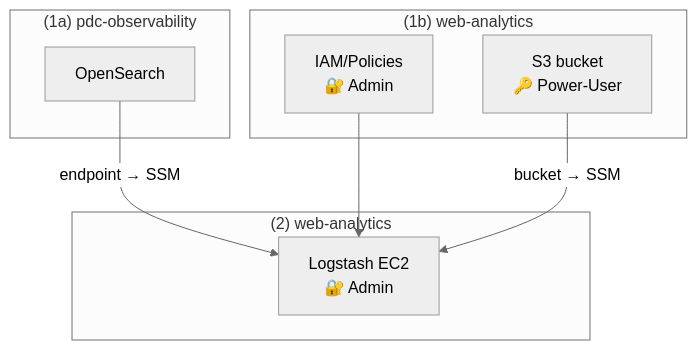
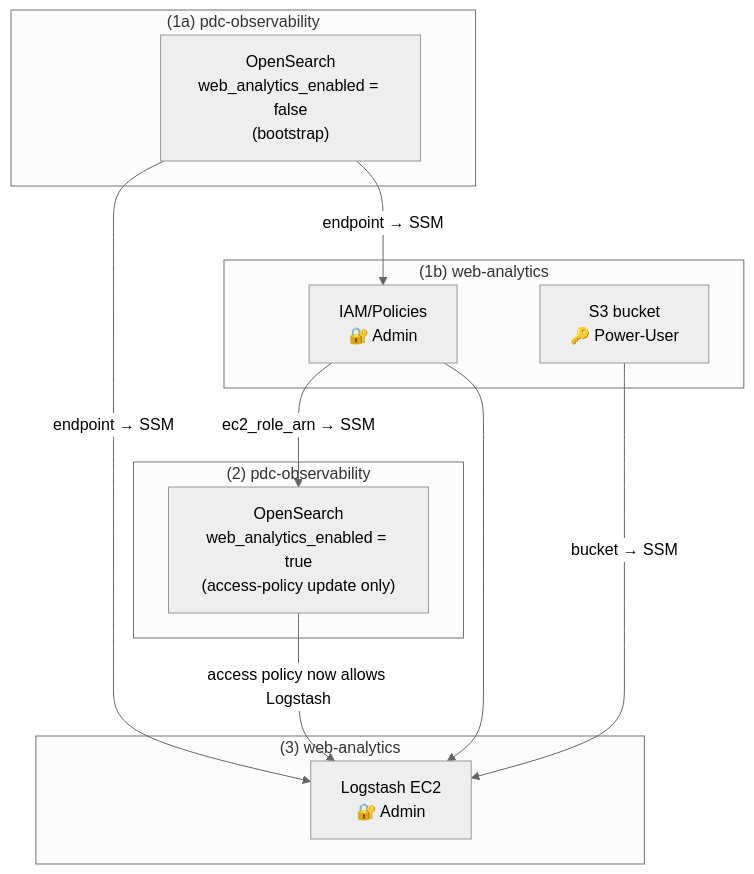
One commit to NASA-PDS/web-analytics changed the diagram in terraform/README.md. Above: the diagram before and after it, drawn with Mermaid (neutral theme). The commit also changed other lines of this file and 9 other files, not shown here.

````diff
--- a/terraform/README.md
+++ b/terraform/README.md
@@ -22,19 +22,26 @@
 ```mermaid
 flowchart TD
     subgraph ext["(1a) pdc-observability"]
-        OS["OpenSearch"]
+        OS["OpenSearch\nweb_analytics_enabled = false\n(bootstrap)"]
     end
 
     subgraph phase1["(1b) web-analytics"]
         IAM["IAM/Policies\n🔐 Admin"]
         S3["S3 bucket\n🔑 Power-User"]
     end
 
-    subgraph phase2["(2) web-analytics"]
+    subgraph ext2["(2) pdc-observability"]
+        OS2["OpenSearch\nweb_analytics_enabled = true\n(access-policy update only)"]
+    end
+
+    subgraph phase2["(3) web-analytics"]
         LS["Logstash EC2\n🔐 Admin"]
     end
 
+    OS -->|"endpoint → SSM"| IAM
     OS -->|"endpoint → SSM"| LS
+    IAM -->|"ec2_role_arn → SSM"| OS2
+    OS2 -->|"access policy now allows Logstash"| LS
     IAM --> LS
     S3 -->|"bucket → SSM"| LS
 ```
````
